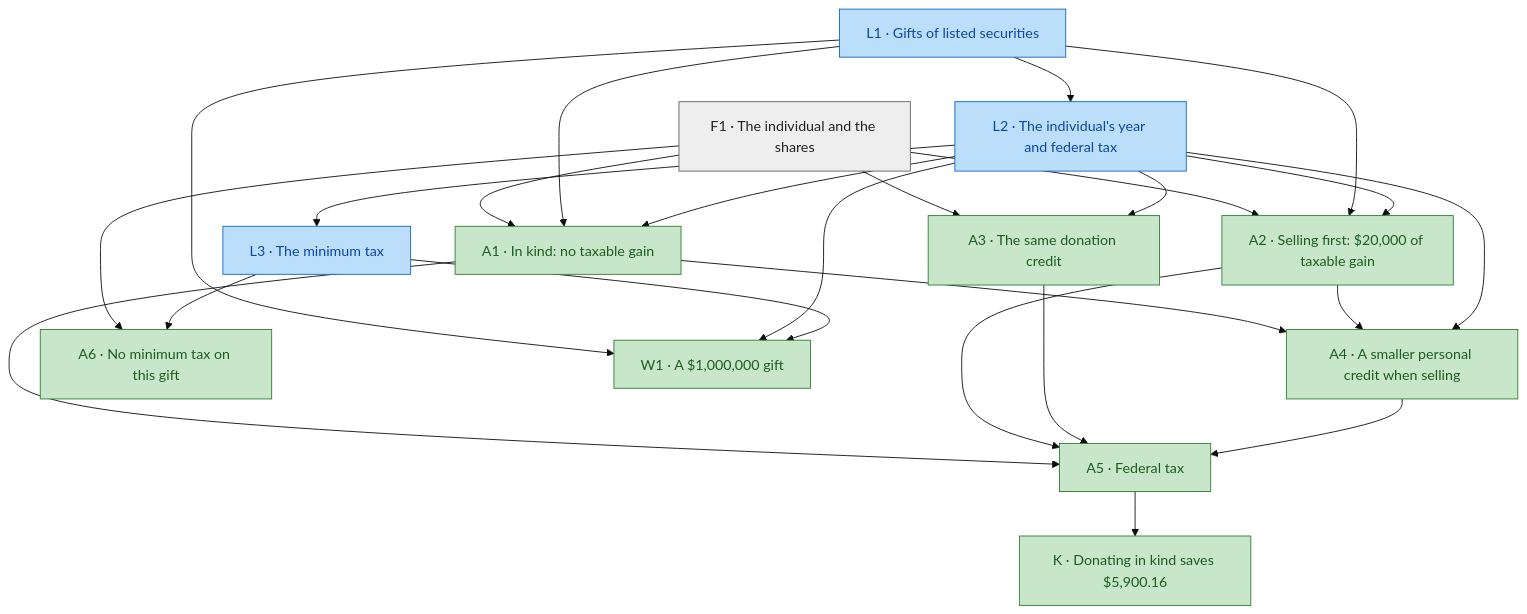
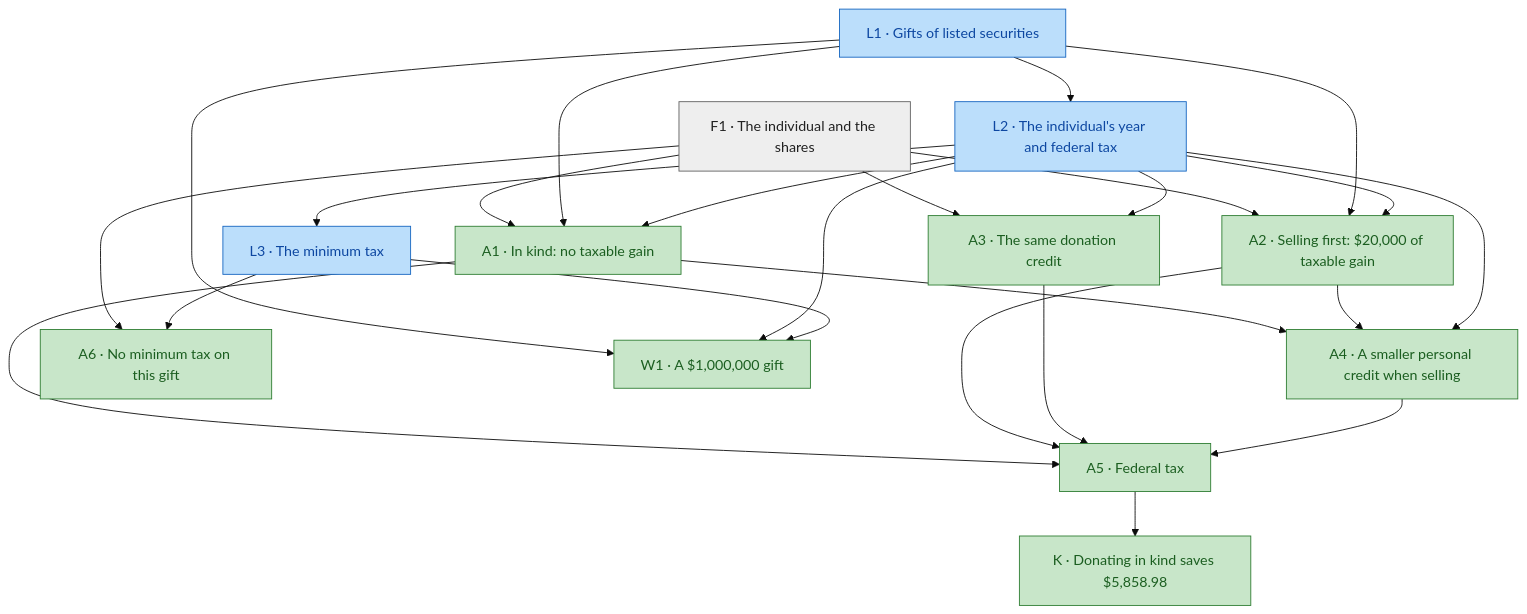
Before and after one commit to SeanWMurray/Canteen: the first of 2 diagrams in docs/blueprint/donating-shares.md, drawn with Mermaid (base theme). The commit also changed other lines of this file and 57 other files, not shown here.

````diff
--- a/docs/blueprint/donating-shares.md
+++ b/docs/blueprint/donating-shares.md
@@ -15,44 +15,44 @@
 ```mermaid
 graph TD
   n0["L1 · Gifts of listed securities"]:::encoded
   n1["L2 · The individual's year and federal tax"]:::encoded
   n2["F1 · The individual and the shares"]:::fact
   n3["A1 · In kind: no taxable gain"]:::proven
   n4["A2 · Selling first: $20,000 of taxable gain"]:::proven
   n5["A3 · The same donation credit"]:::proven
   n6["A4 · A smaller personal credit when selling"]:::proven
   n7["A5 · Federal tax"]:::proven
-  n8["K · Donating in kind saves $5,900.16"]:::proven
+  n8["K · Donating in kind saves $5,858.98"]:::proven
   n9["L3 · The minimum tax"]:::encoded
   n10["A6 · No minimum tax on this gift"]:::proven
   n11["W1 · A $1,000,000 gift"]:::proven
   n0 --> n1
   n2 --> n3
   n0 --> n3
   n1 --> n3
   n2 --> n4
   n0 --> n4
   n1 --> n4
   n2 --> n5
   n1 --> n5
   n3 --> n6
   n4 --> n6
   n1 --> n6
   n3 --> n7
   n4 --> n7
   n5 --> n7
   n6 --> n7
   n7 --> n8
   n1 --> n9
   n2 --> n10
   n9 --> n10
   n0 --> n11
   n1 --> n11
   n9 --> n11
   classDef proven fill:#c8e6c9,stroke:#2e7d32,color:#1b5e20
   classDef encoded fill:#bbdefb,stroke:#1565c0,color:#0d47a1
   classDef fact fill:#eeeeee,stroke:#616161,color:#212121
   classDef judgment fill:#ffe0b2,stroke:#ef6c00,color:#e65100
   classDef notFormalized fill:#ffffff,stroke:#c62828,color:#b71c1c,stroke-dasharray:5 5
   classDef unproven fill:#ffcdd2,stroke:#c62828,color:#b71c1c
 ```
````
